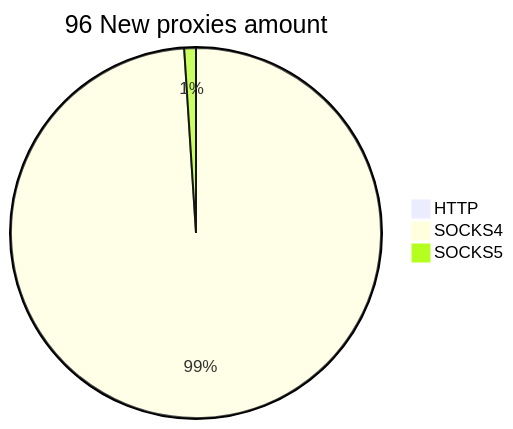
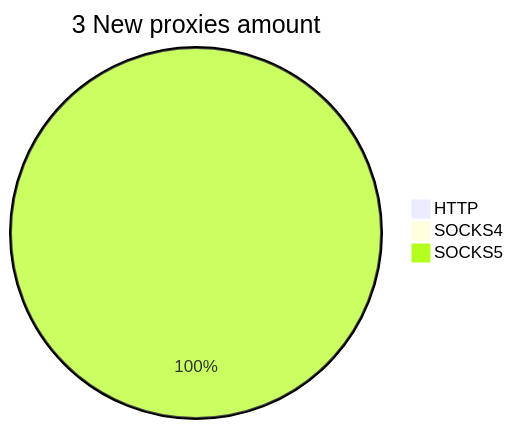
The second of 2 diagrams in README.md (cutipu/proxylist), drawn with Mermaid before and after one commit. The commit also changed other lines of this file, not shown here.

````diff
--- a/README.md
+++ b/README.md
@@ -10,6 +10,6 @@
 ```mermaid
-pie title 96 New proxies amount
+pie title 3 New proxies amount
     "HTTP" : 0
-    "SOCKS4" : 97
-    "SOCKS5" : 1
+    "SOCKS4" : 0
+    "SOCKS5" : 6
 ```
````
